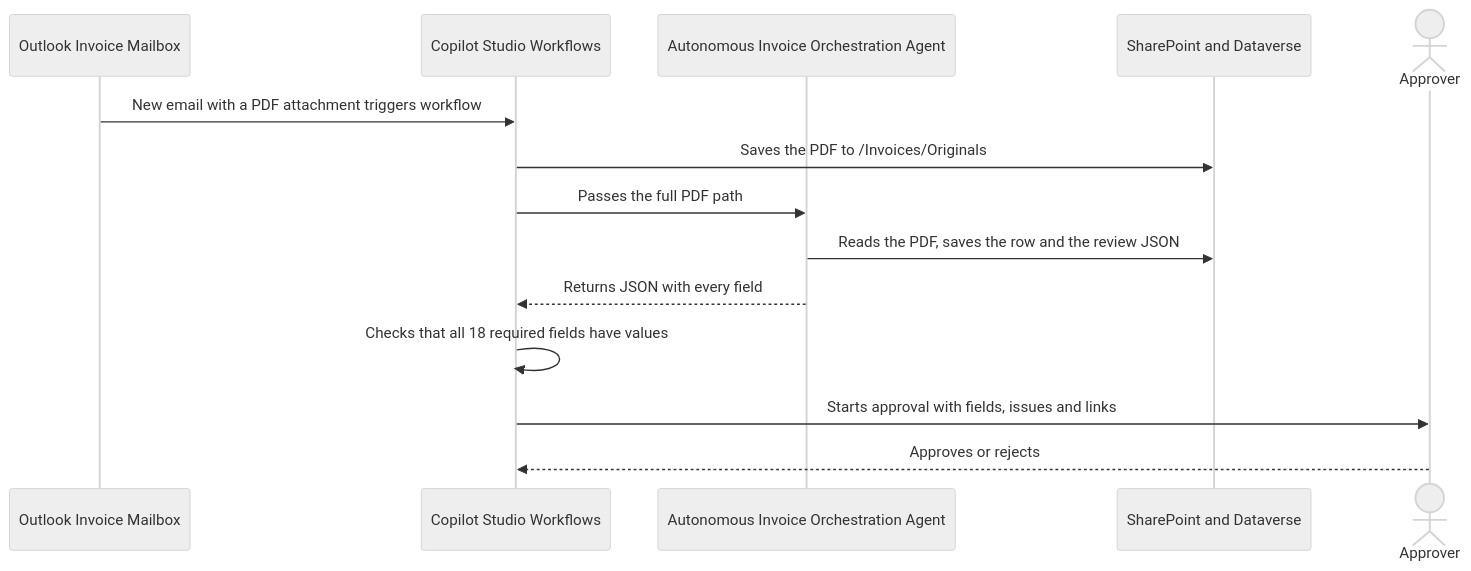
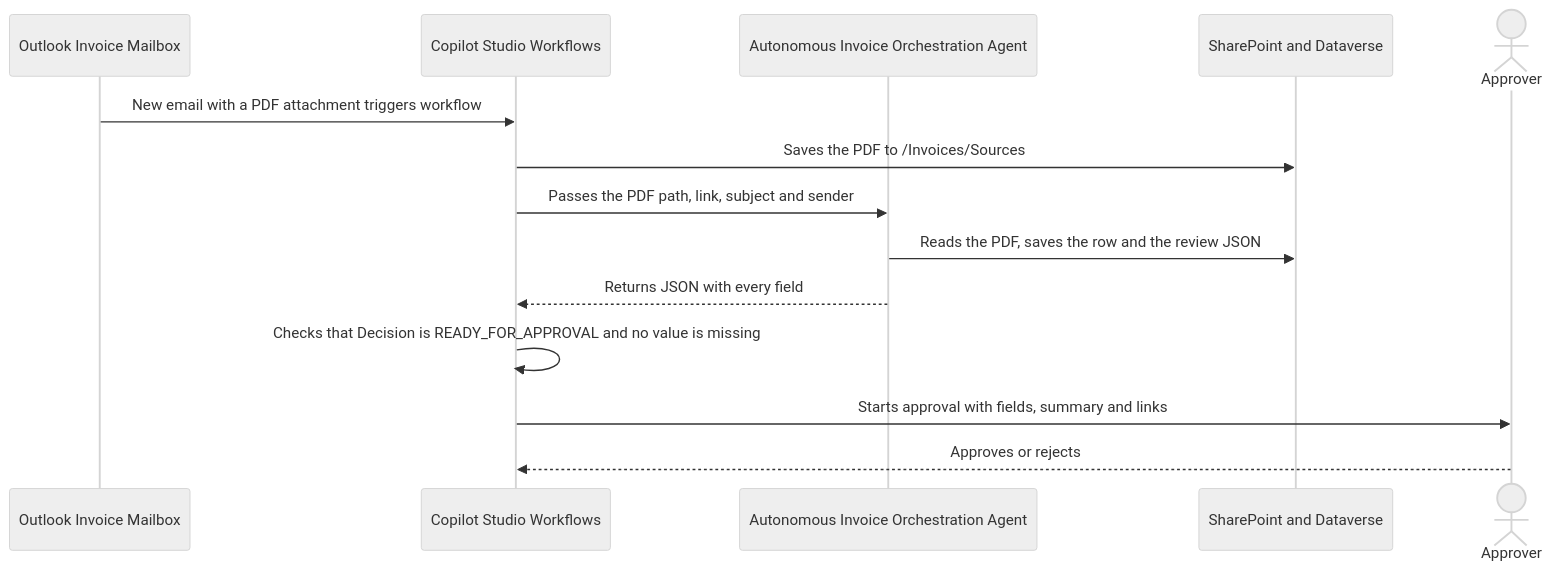
The second of 3 diagrams in 01-scenarios/Autonomous-Invoice-Orchestration-Agent-GHCP/2.Architecture.md (microsoft/ai-agent-runbooks), drawn with Mermaid (neutral theme) before and after one commit. The commit also changed other lines of this file and 14 other files, not shown here.

````diff
--- a/01-scenarios/Autonomous-Invoice-Orchestration-Agent-GHCP/2.Architecture.md
+++ b/01-scenarios/Autonomous-Invoice-Orchestration-Agent-GHCP/2.Architecture.md
@@ -108,16 +107,16 @@
 ```mermaid
 sequenceDiagram
     participant Mail as Outlook Invoice Mailbox
     participant Flow as Copilot Studio Workflows
     participant Agent as Autonomous Invoice Orchestration Agent
     participant Store as SharePoint and Dataverse
     actor Approver as Approver
     Mail->>Flow: New email with a PDF attachment triggers workflow
-    Flow->>Store: Saves the PDF to /Invoices/Originals
-    Flow->>Agent: Passes the full PDF path
+    Flow->>Store: Saves the PDF to /Invoices/Sources
+    Flow->>Agent: Passes the PDF path, link, subject and sender
     Agent->>Store: Reads the PDF, saves the row and the review JSON
     Agent-->>Flow: Returns JSON with every field
-    Flow->>Flow: Checks that all 18 required fields have values
-    Flow->>Approver: Starts approval with fields, issues and links
+    Flow->>Flow: Checks that Decision is READY_FOR_APPROVAL and no value is missing
+    Flow->>Approver: Starts approval with fields, summary and links
     Approver-->>Flow: Approves or rejects
 ```
````
